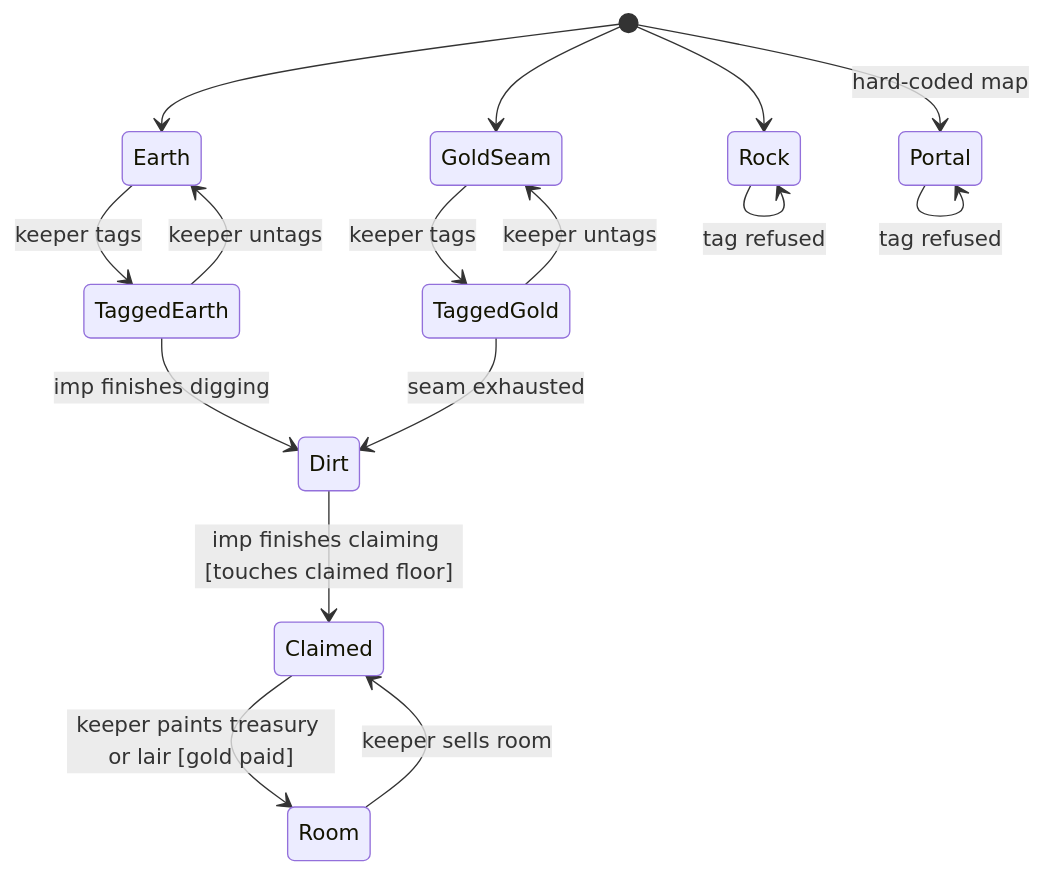
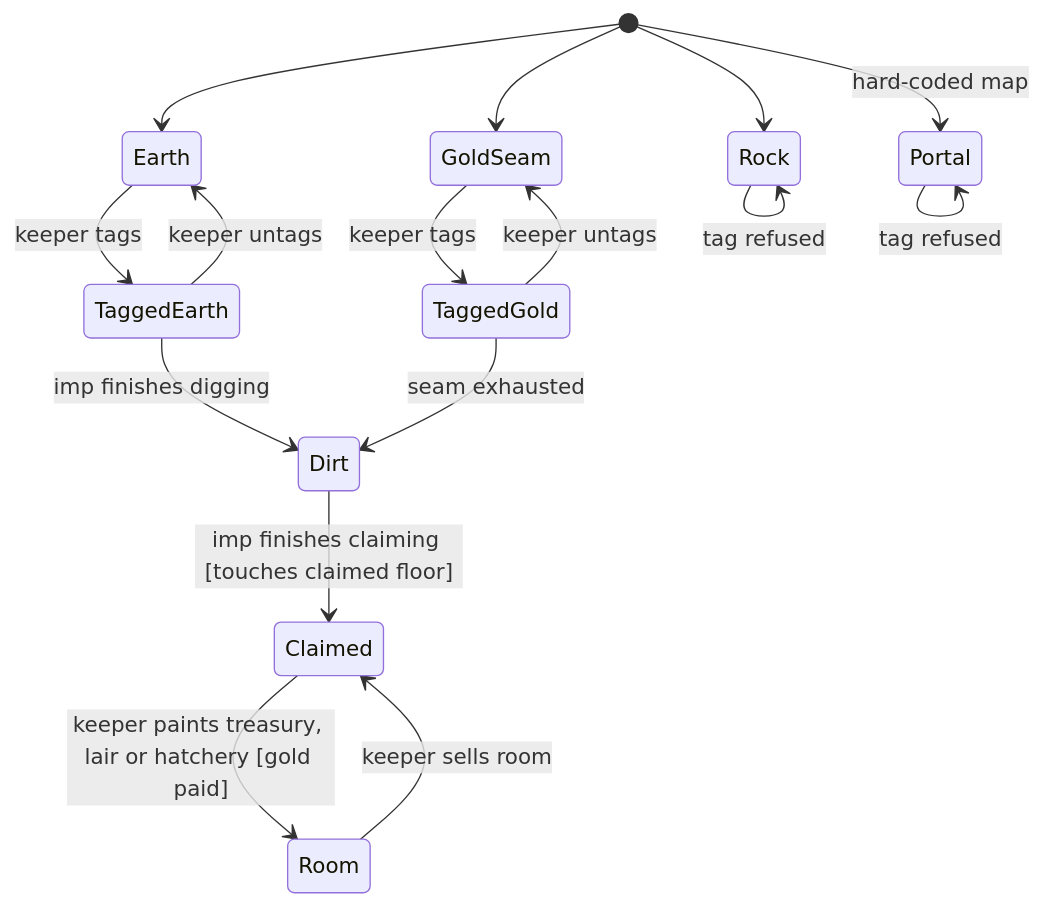
The third of 7 diagrams in docs/design.md (jmporchet/keeper), drawn with Mermaid before and after one commit. The commit also changed other lines of this file and 22 other files, not shown here.

````diff
--- a/docs/design.md
+++ b/docs/design.md
@@ -137,18 +137,18 @@
 ```mermaid
 stateDiagram-v2
     [*] --> Earth
     [*] --> GoldSeam
     [*] --> Rock
     [*] --> Portal: hard-coded map
     Earth --> TaggedEarth: keeper tags
     TaggedEarth --> Earth: keeper untags
     TaggedEarth --> Dirt: imp finishes digging
     GoldSeam --> TaggedGold: keeper tags
     TaggedGold --> GoldSeam: keeper untags
     TaggedGold --> Dirt: seam exhausted
     Dirt --> Claimed: imp finishes claiming [touches claimed floor]
-    Claimed --> Room: keeper paints treasury or lair [gold paid]
+    Claimed --> Room: keeper paints treasury, lair or hatchery [gold paid]
     Room --> Claimed: keeper sells room
     Rock --> Rock: tag refused
     Portal --> Portal: tag refused
 ```
````
